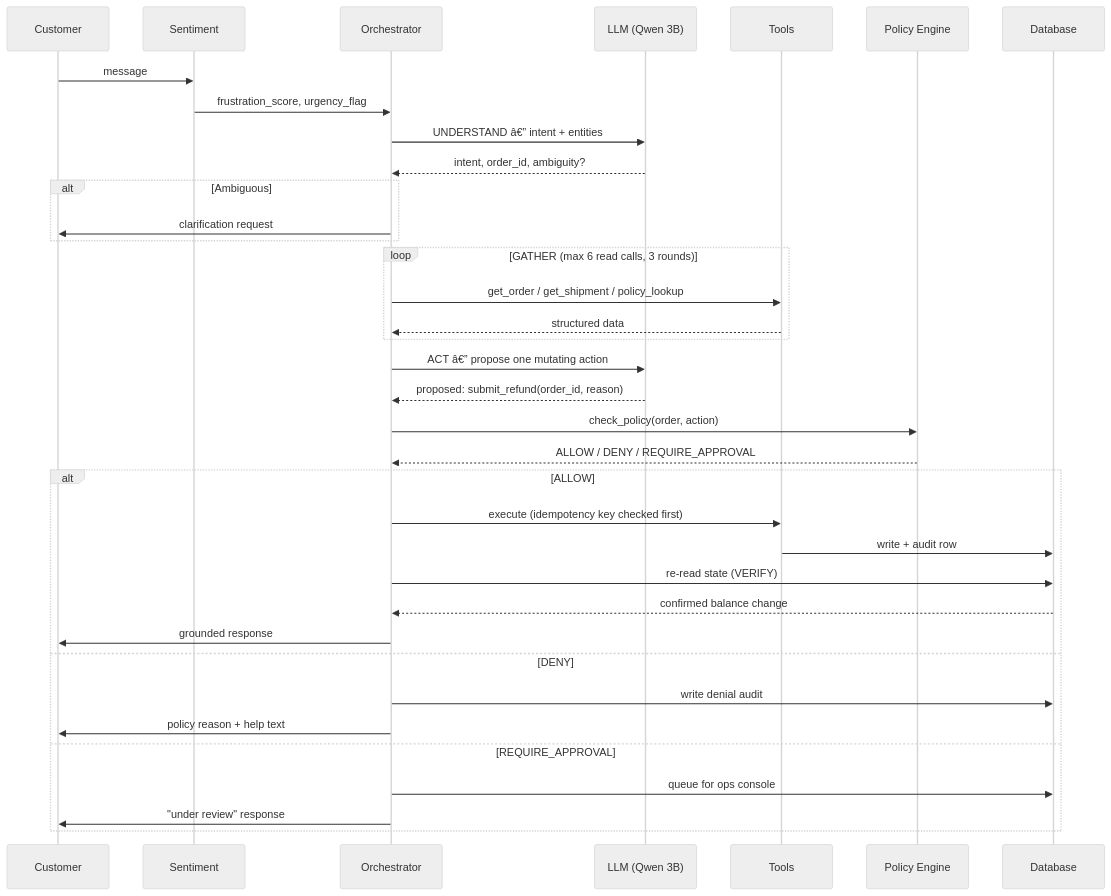
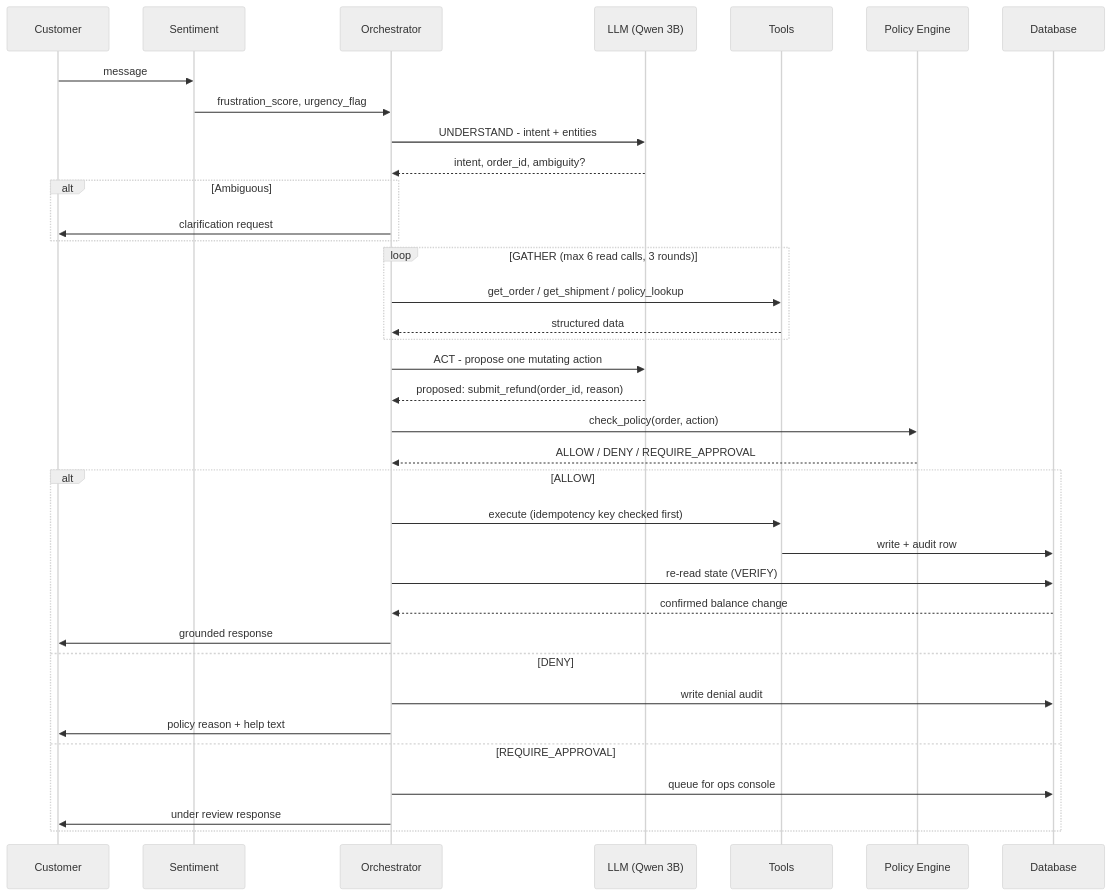
The second of 4 diagrams in README.md (Sahilgumber7/customer-support-fine), drawn with Mermaid (neutral theme) before and after one commit. The commit also changed other lines of this file, not shown here.

````diff
--- a/README.md
+++ b/README.md
@@ -79,44 +79,44 @@
 ```mermaid
 sequenceDiagram
     participant C as Customer
     participant S as Sentiment
     participant O as Orchestrator
     participant L as LLM (Qwen 3B)
     participant T as Tools
     participant P as Policy Engine
     participant DB as Database
 
     C->>S: message
     S->>O: frustration_score, urgency_flag
-    O->>L: UNDERSTAND â€” intent + entities
+    O->>L: UNDERSTAND - intent + entities
     L-->>O: intent, order_id, ambiguity?
 
     alt Ambiguous
         O->>C: clarification request
     end
 
     loop GATHER (max 6 read calls, 3 rounds)
         O->>T: get_order / get_shipment / policy_lookup
         T-->>O: structured data
     end
 
-    O->>L: ACT â€” propose one mutating action
+    O->>L: ACT - propose one mutating action
     L-->>O: proposed: submit_refund(order_id, reason)
 
     O->>P: check_policy(order, action)
     P-->>O: ALLOW / DENY / REQUIRE_APPROVAL
 
     alt ALLOW
         O->>T: execute (idempotency key checked first)
         T->>DB: write + audit row
         O->>DB: re-read state (VERIFY)
         DB-->>O: confirmed balance change
         O->>C: grounded response
     else DENY
         O->>DB: write denial audit
         O->>C: policy reason + help text
     else REQUIRE_APPROVAL
         O->>DB: queue for ops console
-        O->>C: "under review" response
+        O->>C: under review response
     end
 ```
````
